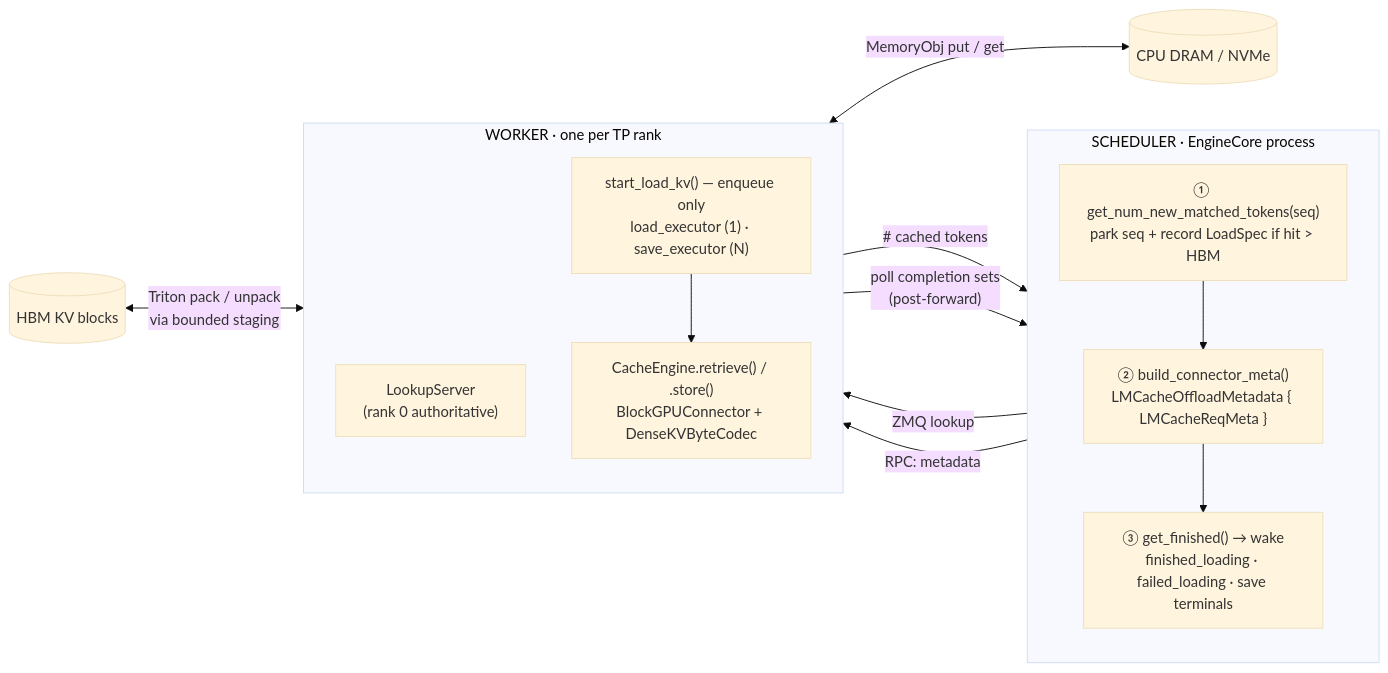
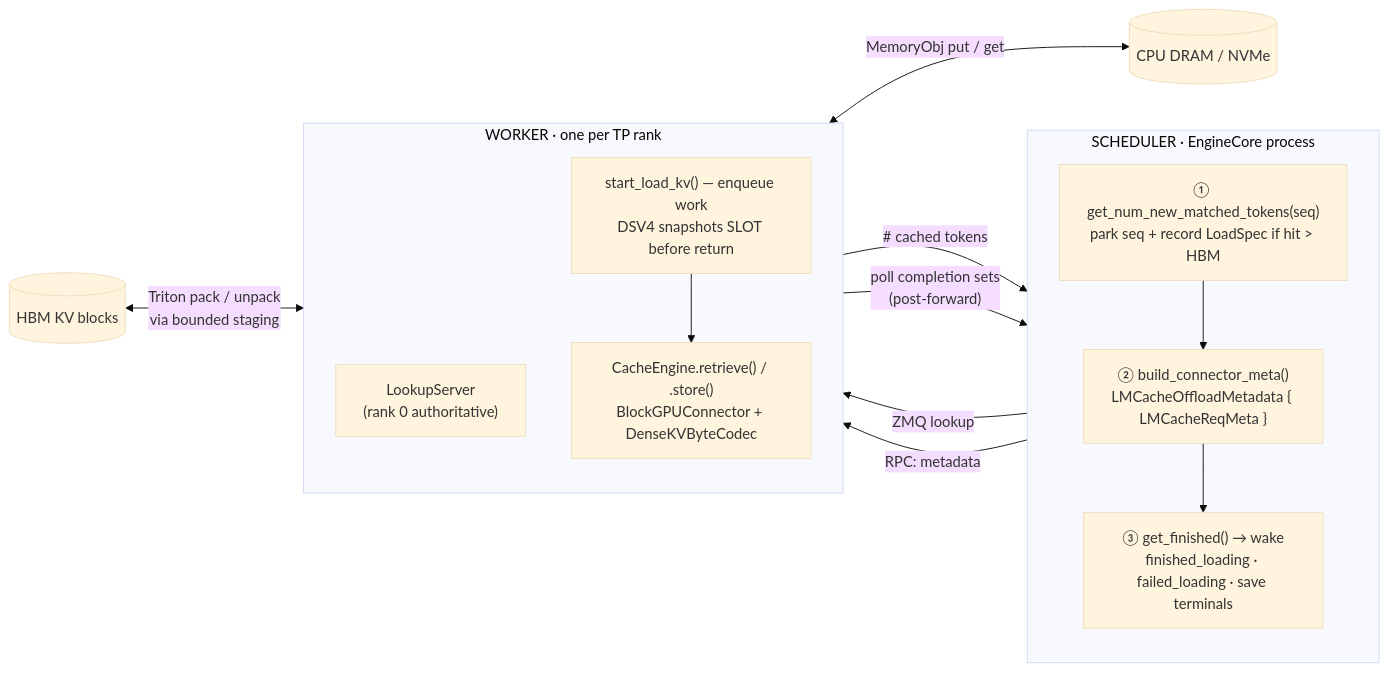
The first of 4 diagrams in atom/kv_transfer/offload/README.md (ROCm/ATOM), drawn with Mermaid (base theme) before and after one commit. The commit also changed other lines of this file and 19 other files, not shown here.

Commit message:
fix(offload): adapt DSV4 sidecar to unified page slot backing

````diff
--- a/atom/kv_transfer/offload/README.md
+++ b/atom/kv_transfer/offload/README.md
@@ -86,28 +88,28 @@
 ```mermaid
 flowchart LR
     subgraph SCHED["SCHEDULER · EngineCore process"]
         direction TB
         S1["① get_num_new_matched_tokens(seq)<br/>park seq + record LoadSpec if hit &gt; HBM"]
         S2["② build_connector_meta()<br/>LMCacheOffloadMetadata { LMCacheReqMeta }"]
         S3["③ get_finished() → wake<br/>finished_loading · failed_loading · save terminals"]
         S1 --> S2 --> S3
     end
 
     subgraph WORK["WORKER · one per TP rank"]
         direction TB
         LK["LookupServer<br/>(rank 0 authoritative)"]
-        SL["start_load_kv() — enqueue only<br/>load_executor (1) · save_executor (N)"]
+        SL["start_load_kv() — enqueue work<br/>DSV4 snapshots SLOT before return"]
         CE["CacheEngine.retrieve() / .store()<br/>BlockGPUConnector + DenseKVByteCodec"]
         SL --> CE
     end
 
     TIER[("CPU DRAM / NVMe")]
     HBM[("HBM KV blocks")]
 
     S1 -- "ZMQ lookup" --> LK
     LK -- "# cached tokens" --> S1
     S2 -- "RPC: metadata" --> SL
     CE -- "poll completion sets<br/>(post-forward)" --> S3
     HBM <-- "Triton pack / unpack<br/>via bounded staging" --> CE
     CE <-- "MemoryObj put / get" --> TIER
 ```
````
